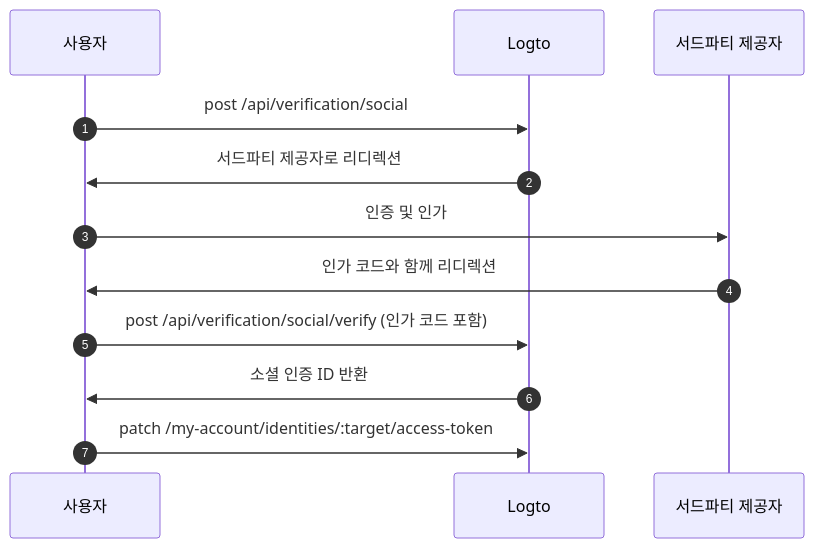
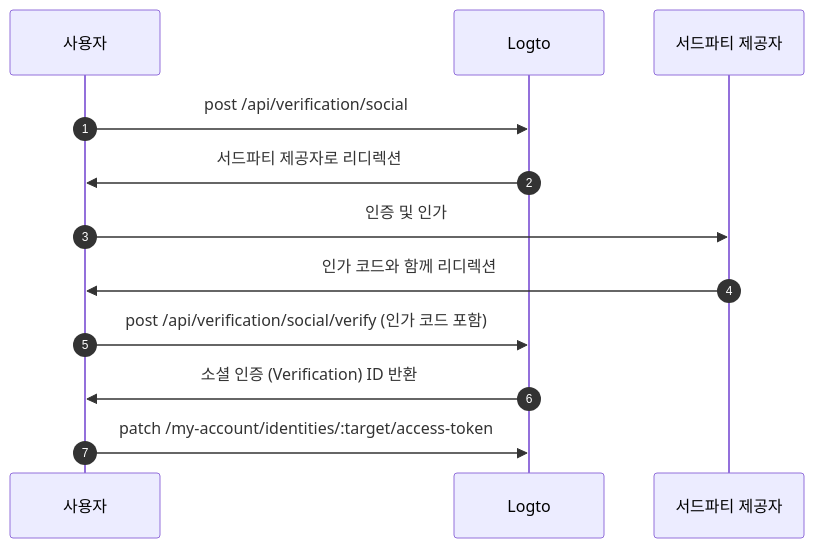
The diagram in i18n/ko/docusaurus-plugin-content-docs/current/secret-vault/federated-token-set.mdx (logto-io/docs), drawn with Mermaid before and after one commit. The commit also changed other lines of this file and 59 other files, not shown here.

````diff
--- a/i18n/ko/docusaurus-plugin-content-docs/current/secret-vault/federated-token-set.mdx
+++ b/i18n/ko/docusaurus-plugin-content-docs/current/secret-vault/federated-token-set.mdx
@@ -138,16 +146,16 @@
 ```mermaid
 sequenceDiagram
     autonumber
 
     participant User as 사용자
     participant Logto as Logto
     participant Provider as 서드파티 제공자
 
     User->>Logto: post /api/verification/social
     Logto->>User: 서드파티 제공자로 리디렉션
     User->>Provider: 인증 및 인가
     Provider->>User: 인가 코드와 함께 리디렉션
     User->>Logto: post /api/verification/social/verify (인가 코드 포함)
-    Logto->>User: 소셜 인증 ID 반환
+    Logto->>User: 소셜 인증 (Verification) ID 반환
     User->>Logto: patch /my-account/identities/:target/access-token
 ```
````
